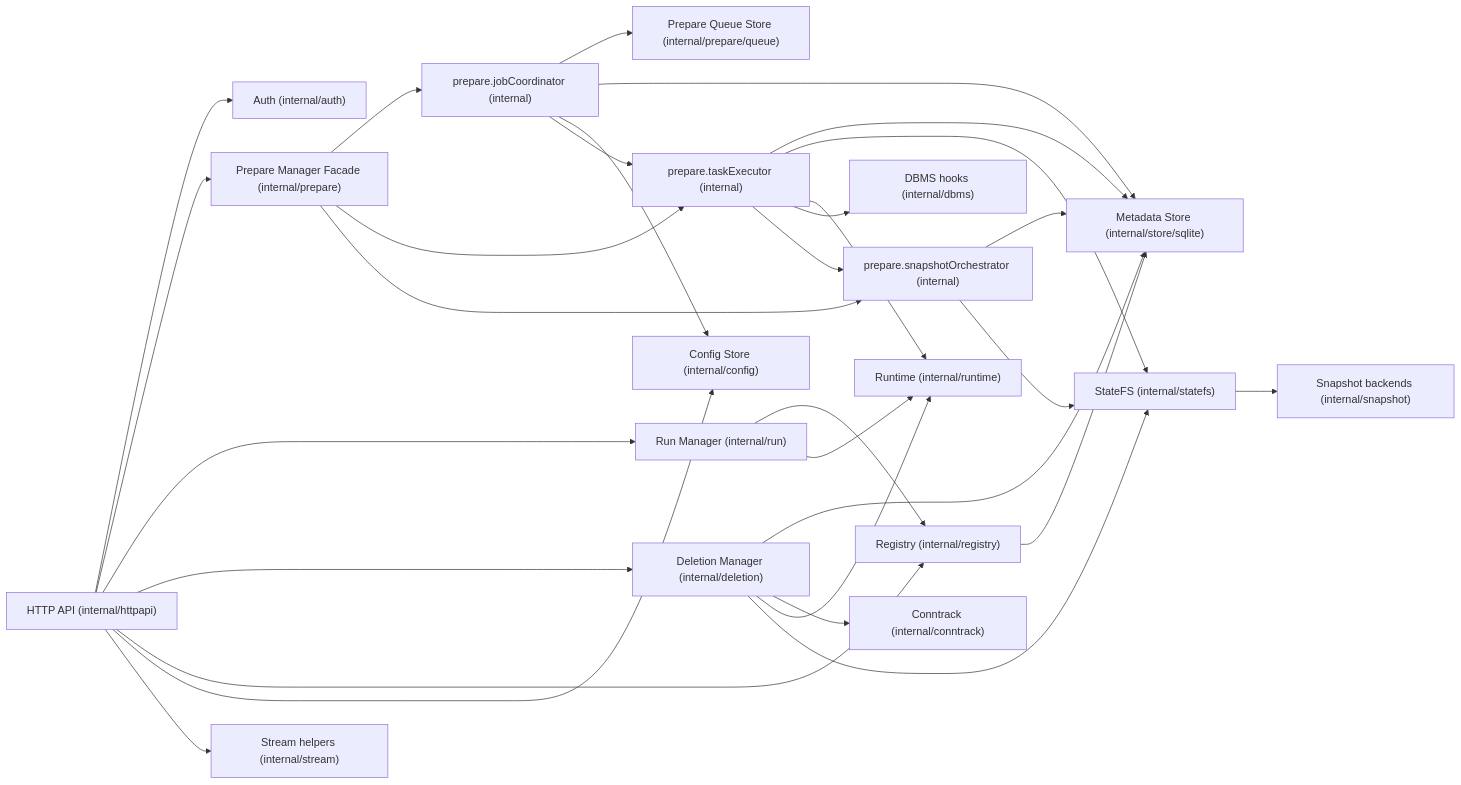
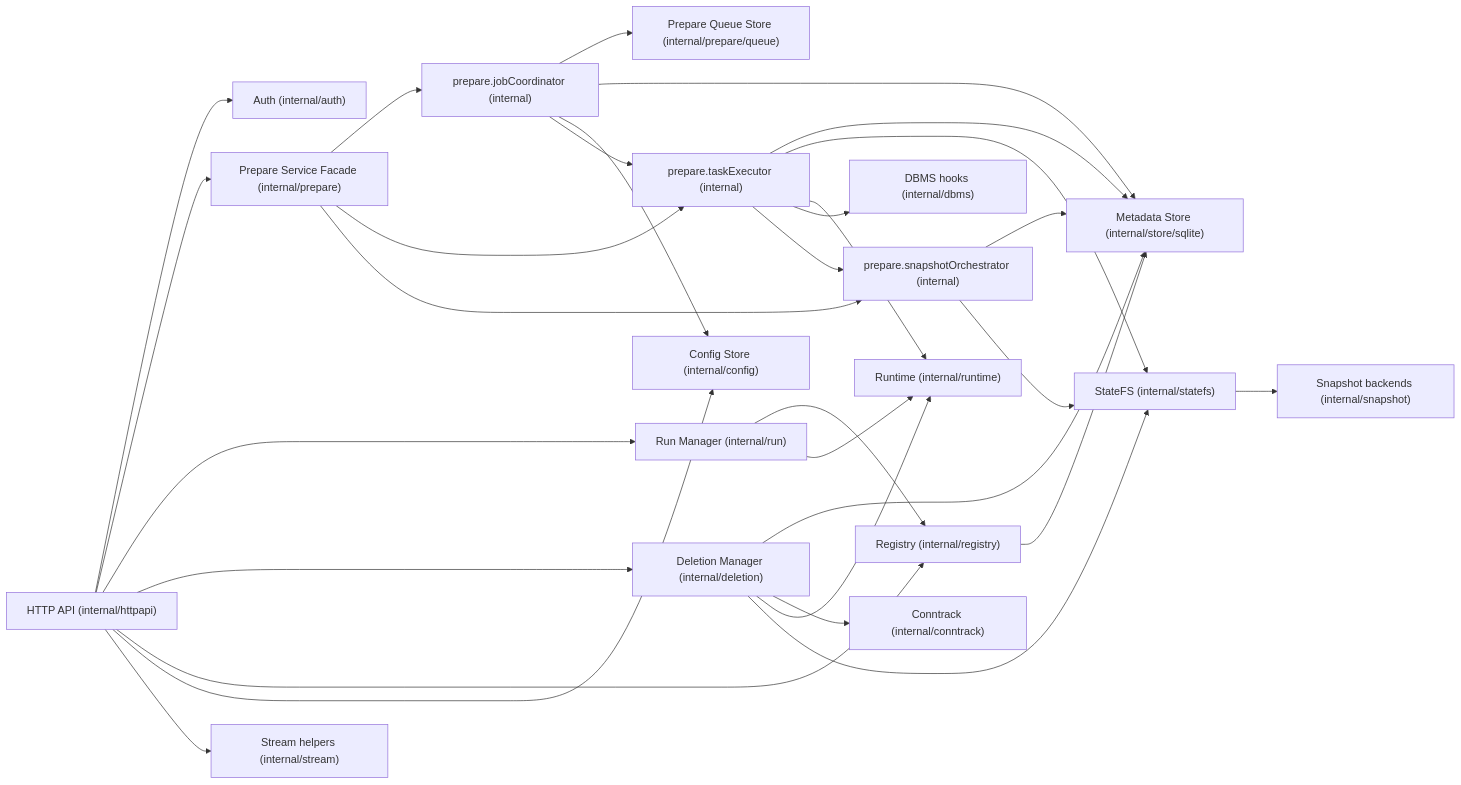
The first of 5 diagrams in docs/architecture/engine-internals.RU.md (kimak-irmagi/taidon), drawn with Mermaid before and after one commit. The commit also changed other lines of this file and 15 other files, not shown here.

Commit message:
Renaming prepare.Manager to PrepareService

````diff
--- a/docs/architecture/engine-internals.RU.md
+++ b/docs/architecture/engine-internals.RU.md
@@ -7,58 +7,58 @@
 ```mermaid
 flowchart LR
   API["HTTP API (internal/httpapi)"]
-  PREP["Prepare Manager Facade (internal/prepare)"]
+  PREP["Prepare Service Facade (internal/prepare)"]
   COORD["prepare.jobCoordinator (internal)"]
   EXEC["prepare.taskExecutor (internal)"]
   SNAP_ORCH["prepare.snapshotOrchestrator (internal)"]
   QUEUE["Prepare Queue Store (internal/prepare/queue)"]
   RUN["Run Manager (internal/run)"]
   DEL["Deletion Manager (internal/deletion)"]
   REG["Registry (internal/registry)"]
   CFG["Config Store (internal/config)"]
   AUTH["Auth (internal/auth)"]
   STREAM["Stream helpers (internal/stream)"]
   STORE["Metadata Store (internal/store/sqlite)"]
   STATEFS["StateFS (internal/statefs)"]
   SNAPSHOT["Snapshot backends (internal/snapshot)"]
   RT["Runtime (internal/runtime)"]
   DBMS["DBMS hooks (internal/dbms)"]
   CONN["Conntrack (internal/conntrack)"]
 
   API --> AUTH
   API --> PREP
   API --> RUN
   API --> DEL
   API --> REG
   API --> CFG
   API --> STREAM
 
   PREP --> COORD
   PREP --> EXEC
   PREP --> SNAP_ORCH
 
   COORD --> QUEUE
   COORD --> STORE
   COORD --> CFG
   COORD --> EXEC
 
   EXEC --> STORE
   EXEC --> STATEFS
   EXEC --> RT
   EXEC --> DBMS
   EXEC --> SNAP_ORCH
 
   SNAP_ORCH --> STORE
   SNAP_ORCH --> STATEFS
 
   RUN --> REG
   RUN --> RT
 
   DEL --> STORE
   DEL --> CONN
   DEL --> RT
   DEL --> STATEFS
 
   REG --> STORE
   STATEFS --> SNAPSHOT
 ```
````
